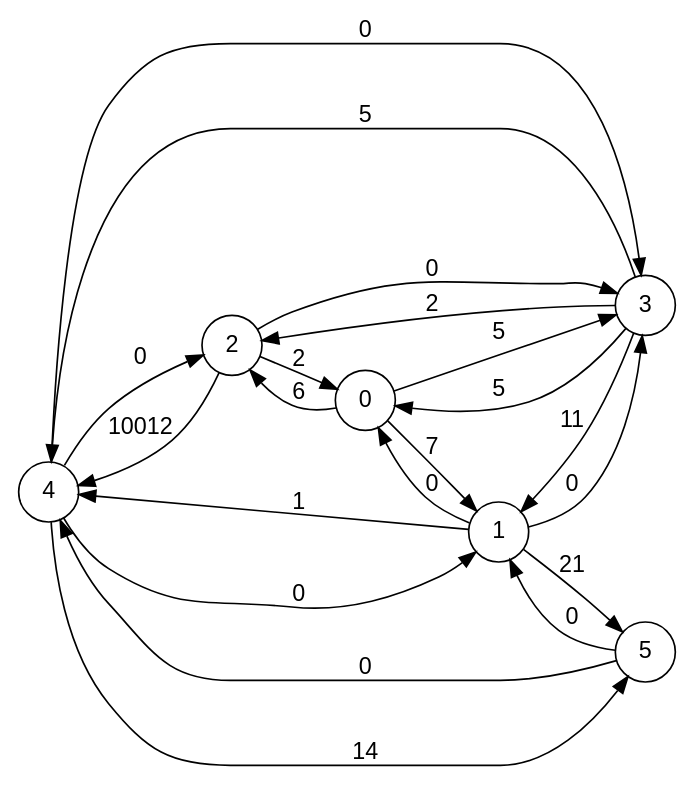
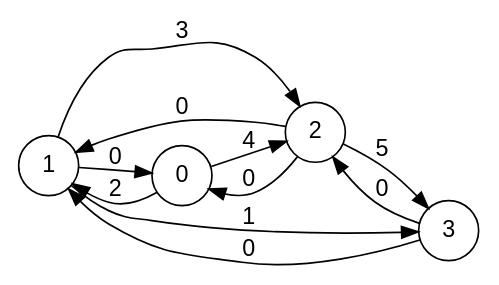
The diagram in outfile.dot (st4rhub/ProgFonct), drawn with Graphviz before and after one commit. The commit also changed 6 other files, not shown here.

```diff
--- a/outfile.dot
+++ b/outfile.dot
@@ -1,53 +1,33 @@
 digraph finite_state_machine { 
 
   fontname="Helvetica,Arial,sans-serif" 
 
   node [fontname="Helvetica,Arial,sans-serif"] 
 
   edge [fontname="Helvetica,Arial,sans-serif"] 
 
   rankdir=LR 
 ;
   node [shape = circle]; 
 
- 4 -> 2 [label = "0"]
-
- 4 -> 3 [label = "0"]
-
- 4 -> 1 [label = "0"]
-
- 4 -> 5 [label = "14"]
-
  1 -> 0 [label = "0"]
 
- 1 -> 3 [label = "0"]
+ 1 -> 3 [label = "1"]
 
- 1 -> 5 [label = "21"]
+ 1 -> 2 [label = "3"]
 
- 1 -> 4 [label = "1"]
+ 2 -> 0 [label = "0"]
 
- 5 -> 1 [label = "0"]
+ 2 -> 1 [label = "0"]
 
- 5 -> 4 [label = "0"]
+ 2 -> 3 [label = "5"]
 
- 3 -> 1 [label = "11"]
+ 3 -> 2 [label = "0"]
 
- 3 -> 2 [label = "2"]
+ 3 -> 1 [label = "0"]
 
- 3 -> 4 [label = "5"]
+ 0 -> 2 [label = "4"]
 
- 3 -> 0 [label = "5"]
-
- 0 -> 1 [label = "7"]
-
- 0 -> 3 [label = "5"]
-
- 0 -> 2 [label = "6"]
-
- 2 -> 3 [label = "0"]
-
- 2 -> 4 [label = "10012"]
-
- 2 -> 0 [label = "2"]
+ 0 -> 1 [label = "2"]
 
 }
```
